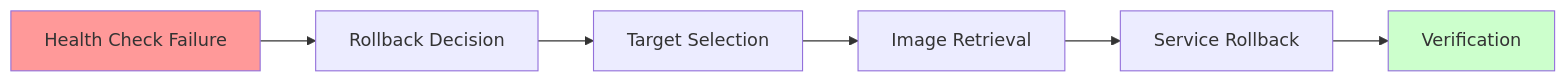
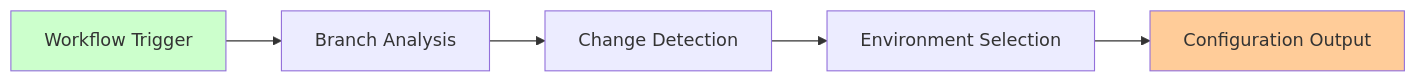
The ninth of 11 diagrams in docs/component-interaction-diagram.md (bxmty/dotca), drawn with Mermaid before and after one commit. The commit also changed other lines of this file and 7 other files, not shown here.

````diff
--- a/docs/component-interaction-diagram.md
+++ b/docs/component-interaction-diagram.md
@@ -226,11 +318,10 @@
 ```mermaid
 flowchart LR
-    A[Health Check Failure] --> B[Rollback Decision]
-    B --> C[Target Selection]
-    C --> D[Image Retrieval]
-    D --> E[Service Rollback]
-    E --> F[Verification]
+    A[Workflow Trigger] --> B[Branch Analysis]
+    B --> C[Change Detection]
+    C --> D[Environment Selection]
+    D --> E[Configuration Output]
 
-    style A fill:#ff9999
-    style F fill:#ccffcc
+    style A fill:#ccffcc
+    style E fill:#ffcc99
 ```
````
